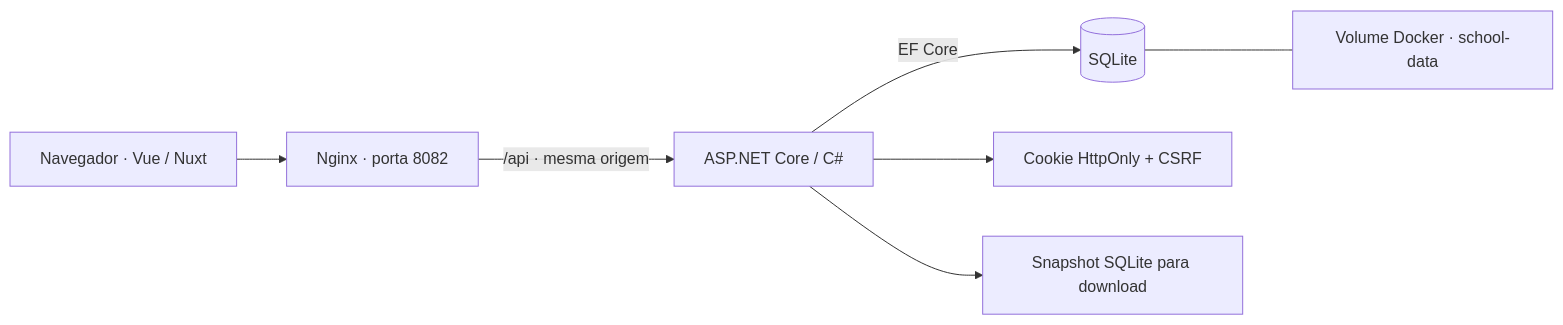
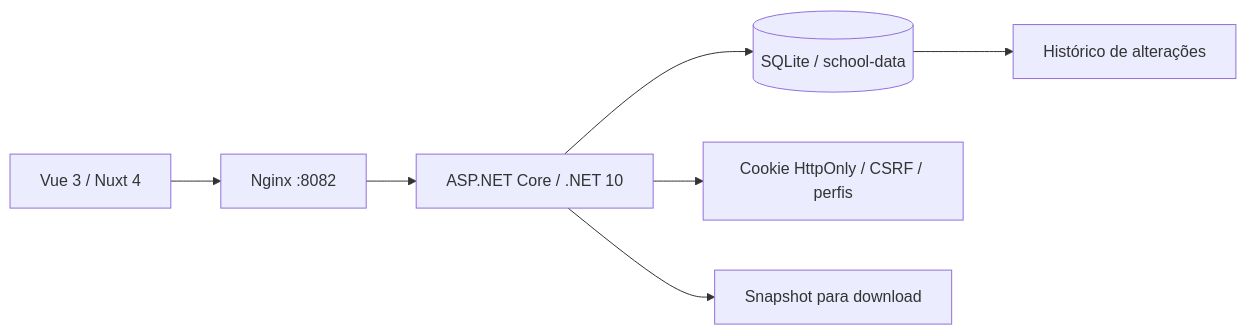
Before and after one commit to LucianoNeo/creche_cad_backend_csharp: the diagram in docs/architecture.md, drawn with Mermaid. The commit also changed other lines of this file and 9 other files, not shown here.

````diff
--- a/docs/architecture.md
+++ b/docs/architecture.md
@@ -3,9 +3,9 @@
 ```mermaid
 flowchart LR
-    Browser[Navegador · Vue / Nuxt] --> Nginx[Nginx · porta 8082]
-    Nginx -->|/api · mesma origem| API[ASP.NET Core / C#]
-    API -->|EF Core| DB[(SQLite)]
-    DB --- Volume[Volume Docker · school-data]
-    API --> Session[Cookie HttpOnly + CSRF]
-    API --> Backup[Snapshot SQLite para download]
+ Browser[Vue 3 / Nuxt 4] --> Nginx[Nginx :8082]
+ Nginx --> API[ASP.NET Core / .NET 10]
+ API --> DB[(SQLite / school-data)]
+ API --> Access[Cookie HttpOnly / CSRF / perfis]
+ DB --> Audit[Histórico de alterações]
+ API --> Backup[Snapshot para download]
 ```
````
